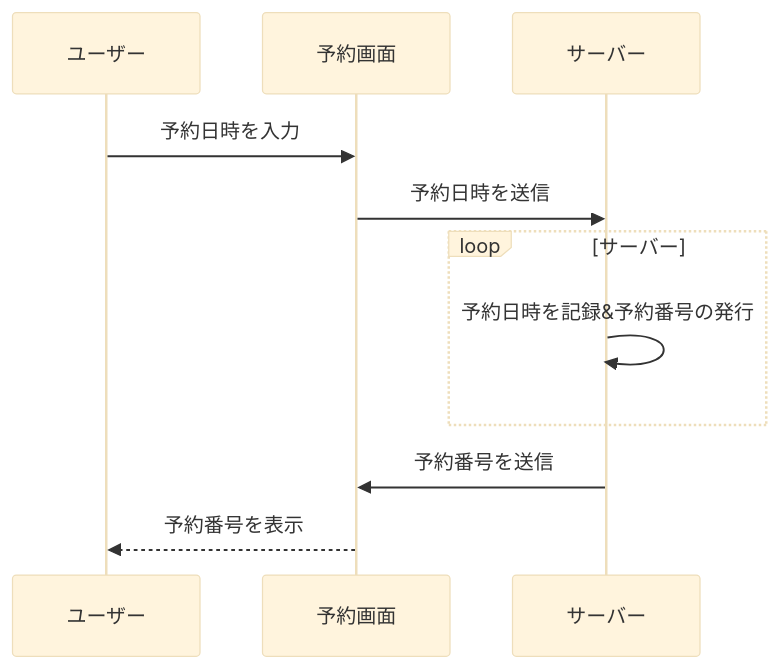
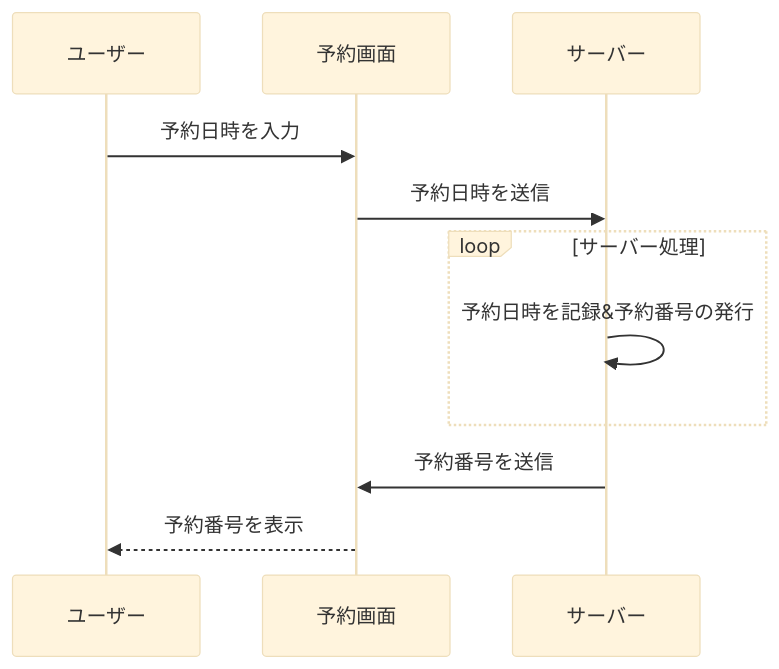
One commit to tpu-game-2022/mermaid_test changed the second of 2 diagrams in README.md. Above: the diagram before and after it, drawn with Mermaid (base theme).

````diff
--- a/README.md
+++ b/README.md
@@ -43,13 +43,13 @@
 ```mermaid
 sequenceDiagram
  participant ユーザー
  participant 予約画面
  participant サーバー
  ユーザー->> 予約画面:予約日時を入力
  予約画面->> サーバー:予約日時を送信
- loop サーバー
+ loop サーバー処理
  サーバー->> サーバー:予約日時を記録&予約番号の発行
  end
  サーバー->> 予約画面:予約番号を送信
  予約画面-->> ユーザー:予約番号を表示
 ```
````
